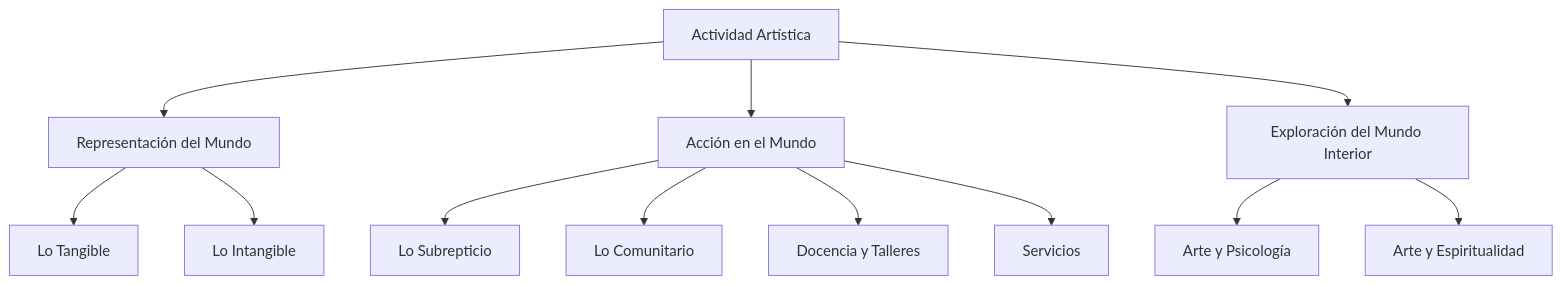
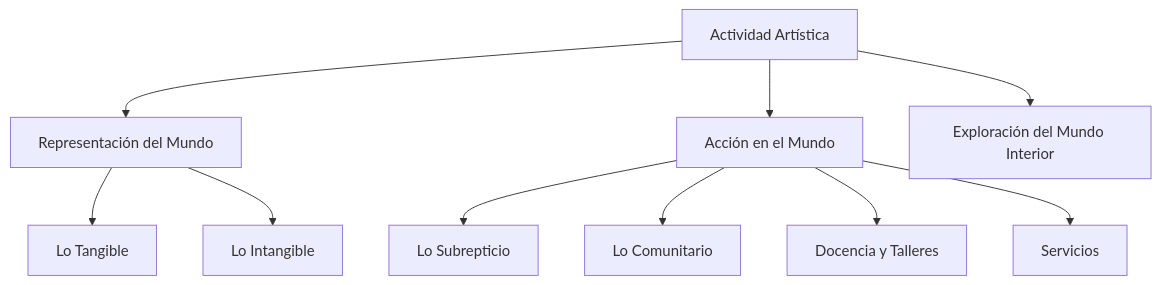
Before and after one commit to EGGS-Artesvisuales/EGGS-Artesvisuales.github.io: the diagram in ES/index.md, drawn with Mermaid.

```diff
--- a/ES/index.md
+++ b/ES/index.md
@@ -12,40 +12,32 @@
 <div class="mermaid">
-
- graph TD
+  graph TD
     principal[Actividad Artística]
     representacion[Representación del Mundo]
     accion[Acción en el Mundo]
     interior[Exploración del Mundo Interior]
 
     principal --> representacion
     principal --> accion
     principal --> interior
 
     representacion --> tangible[Lo Tangible]
     representacion --> intangible[Lo Intangible]
 
     accion --> subrepticio[Lo Subrepticio]
     accion --> comunitario[Lo Comunitario]
     accion --> docencia[Docencia y Talleres]
     accion --> servicios[Servicios]
 
-    interior --> psicologia[Arte y Psicología]
-    interior --> espiritualidad[Arte y Espiritualidad]
-
     click principal "/ES/index.html" "Ir al Inicio"
     click representacion "/ES/mundo-exterior.html" "Ir a Representación del Mundo"
     click tangible "/ES/tangible.html" "Ir a Lo Tangible"
     click intangible "/ES/intangible.html" "Ir a Lo Intangible"
 
     click accion "/ES/accion.html" "Ir a Acción en el Mundo"
     click subrepticio "/ES/subrepticio.html" "Ir a Lo Subrepticio"
     click comunitario "/ES/comunitario.html" "Ir a Lo Comunitario"
     click docencia "/ES/docencia.html" "Ir a Docencia y Talleres"
-    click servicios "/ES/servicios.html" "Ir a Servicios"
+    click servicios "/ES/services.html" "Ir a Servicios"
 
     click interior "/ES/interior.html" "Ir a Exploración del Mundo Interior"
-    click psicologia "/ES/arte-y-psicologia.html" "Ir a Arte y Psicología"
-    click espiritualidad "/ES/arte-y-espiritualidad.html" "Ir a Arte y Espiritualidad"
-
-
 </div>
```
